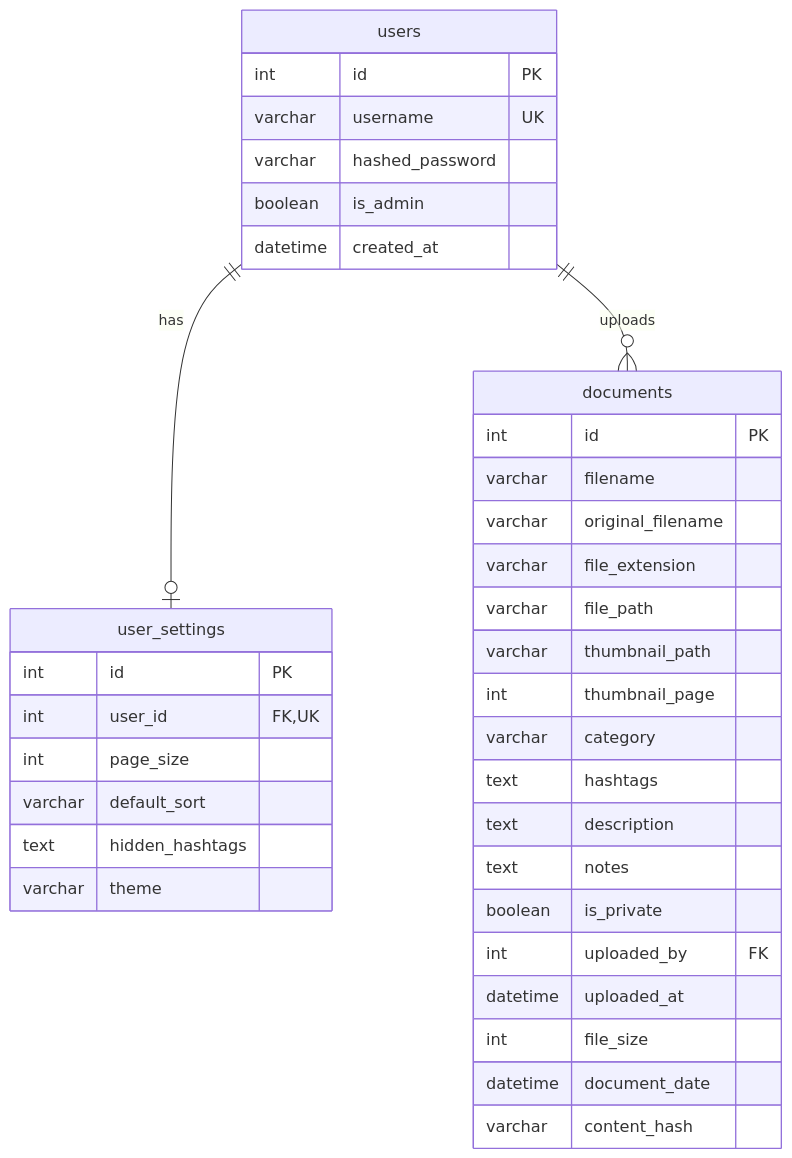
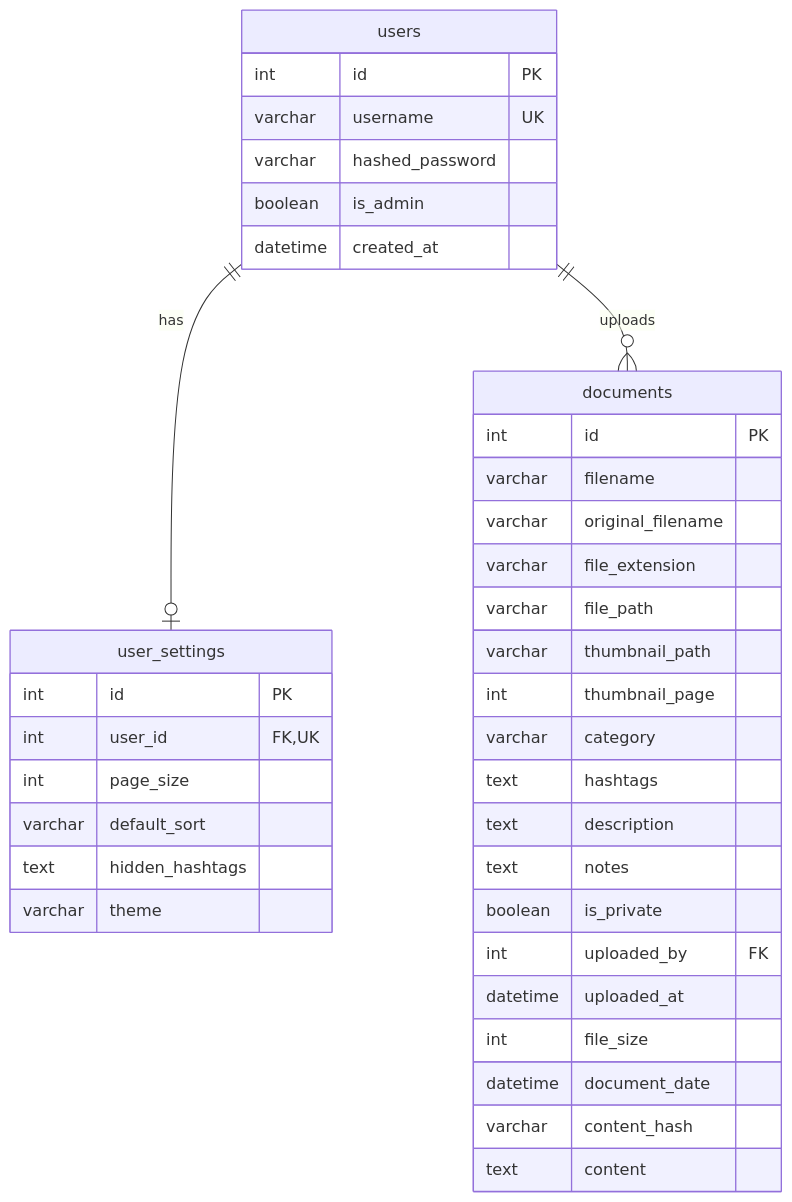
One commit to dkrse/docs-manager changed the second of 7 diagrams in docs/diagrams.md. Above: the diagram before and after it, drawn with Mermaid. The commit also changed other lines of this file and 11 other files, not shown here.

````diff
--- a/docs/diagrams.md
+++ b/docs/diagrams.md
@@ -32,42 +32,43 @@
 ```mermaid
 erDiagram
     users {
         int id PK
         varchar username UK
         varchar hashed_password
         boolean is_admin
         datetime created_at
     }
 
     user_settings {
         int id PK
         int user_id FK,UK
         int page_size
         varchar default_sort
         text hidden_hashtags
         varchar theme
     }
 
     documents {
         int id PK
         varchar filename
         varchar original_filename
         varchar file_extension
         varchar file_path
         varchar thumbnail_path
         int thumbnail_page
         varchar category
         text hashtags
         text description
         text notes
         boolean is_private
         int uploaded_by FK
         datetime uploaded_at
         int file_size
         datetime document_date
         varchar content_hash
+        text content
     }
 
     users ||--o| user_settings : "has"
     users ||--o{ documents : "uploads"
 ```
````
